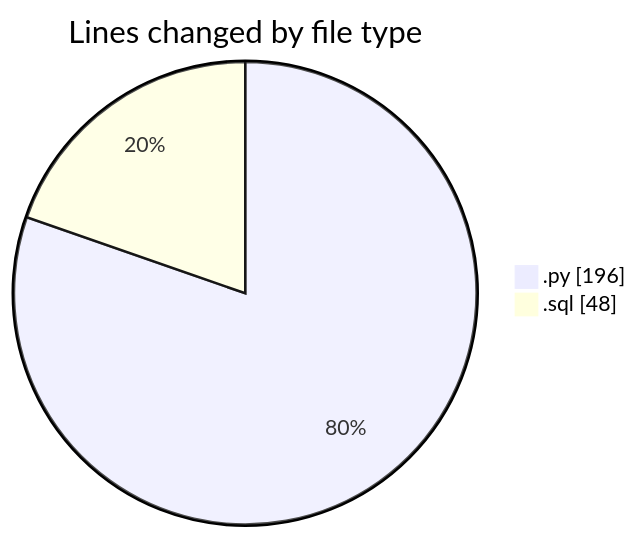
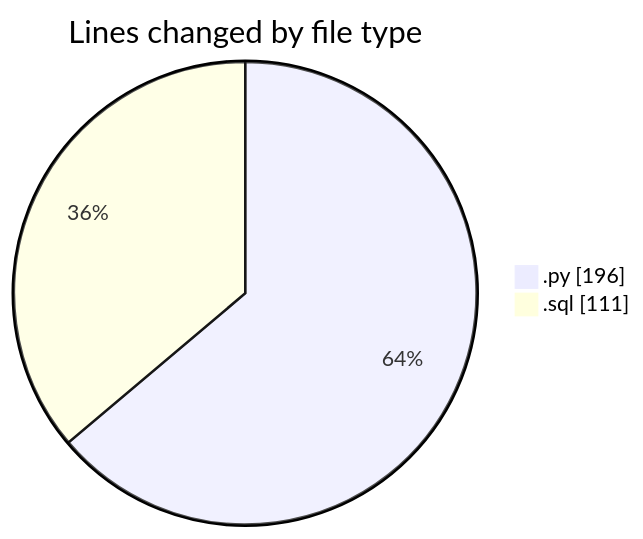
The first of 2 diagrams in 2025-04-22/synth_911data_gen/README.md (trdunsworth/code-tracking), drawn with Mermaid before and after one commit. The commit also changed other lines of this file and 1 other file, not shown here.

````diff
--- a/2025-04-22/synth_911data_gen/README.md
+++ b/2025-04-22/synth_911data_gen/README.md
@@ -21,6 +21,6 @@
 ```mermaid
 pie showData
 title Lines changed by file type
 ".py" : 196
-".sql" : 48
+".sql" : 111
 ```
````
